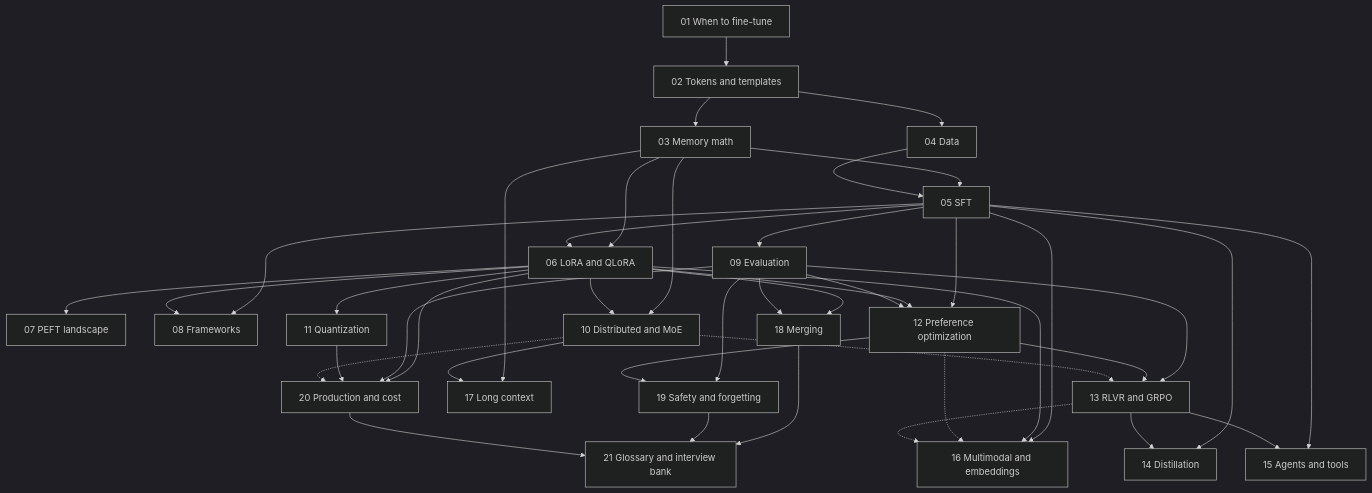
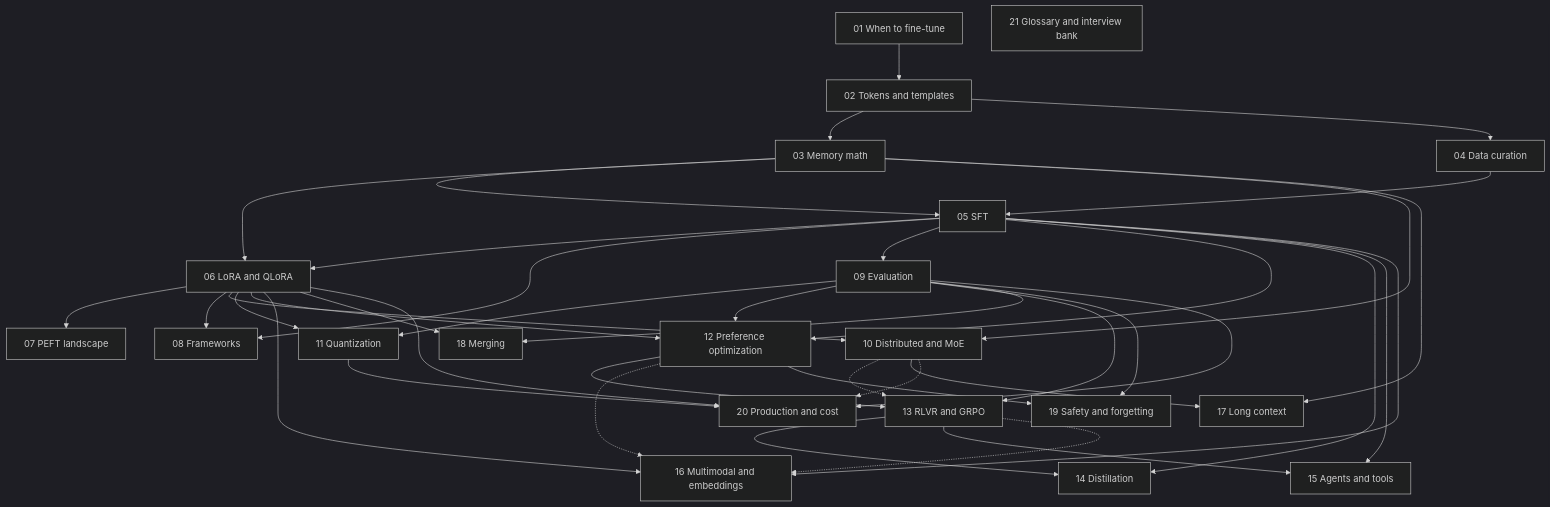
Before and after one commit to alliedbrother/ml-interview-notes: the diagram in content/courses/finetuning/00-README.md, drawn with Mermaid (dark theme). The commit also changed other lines of this file and 2 other files, not shown here.

First line of the commit message:
Sync README and glossary to the revised modules

````diff
--- a/content/courses/finetuning/00-README.md
+++ b/content/courses/finetuning/00-README.md
@@ -87,25 +92,25 @@
 ```mermaid
 flowchart TD
     M01[01 When to fine-tune] --> M02[02 Tokens and templates]
-    M02 --> M03[03 Memory math] & M04[04 Data]
+    M02 --> M03[03 Memory math] & M04[04 Data curation]
     M03 & M04 --> M05[05 SFT]
     M03 & M05 --> M06[06 LoRA and QLoRA]
     M06 --> M07[07 PEFT landscape]
     M05 & M06 --> M08[08 Frameworks]
     M05 --> M09[09 Evaluation]
     M03 & M06 --> M10[10 Distributed and MoE]
-    M06 --> M11[11 Quantization]
+    M06 & M09 --> M11[11 Quantization]
     M05 & M06 & M09 --> M12[12 Preference optimization]
     M09 & M12 --> M13[13 RLVR and GRPO]
     M10 -.-> M13
     M05 & M13 --> M14[14 Distillation]
     M05 & M13 --> M15[15 Agents and tools]
     M05 & M06 --> M16[16 Multimodal and embeddings]
     M12 & M13 -.-> M16
     M03 & M10 --> M17[17 Long context]
     M06 & M09 --> M18[18 Merging]
     M09 & M12 --> M19[19 Safety and forgetting]
     M06 & M09 & M11 --> M20[20 Production and cost]
     M10 -.-> M20
-    M18 & M19 & M20 --> M21[21 Glossary and interview bank]
+    M21[21 Glossary and interview bank]
 ```
````
